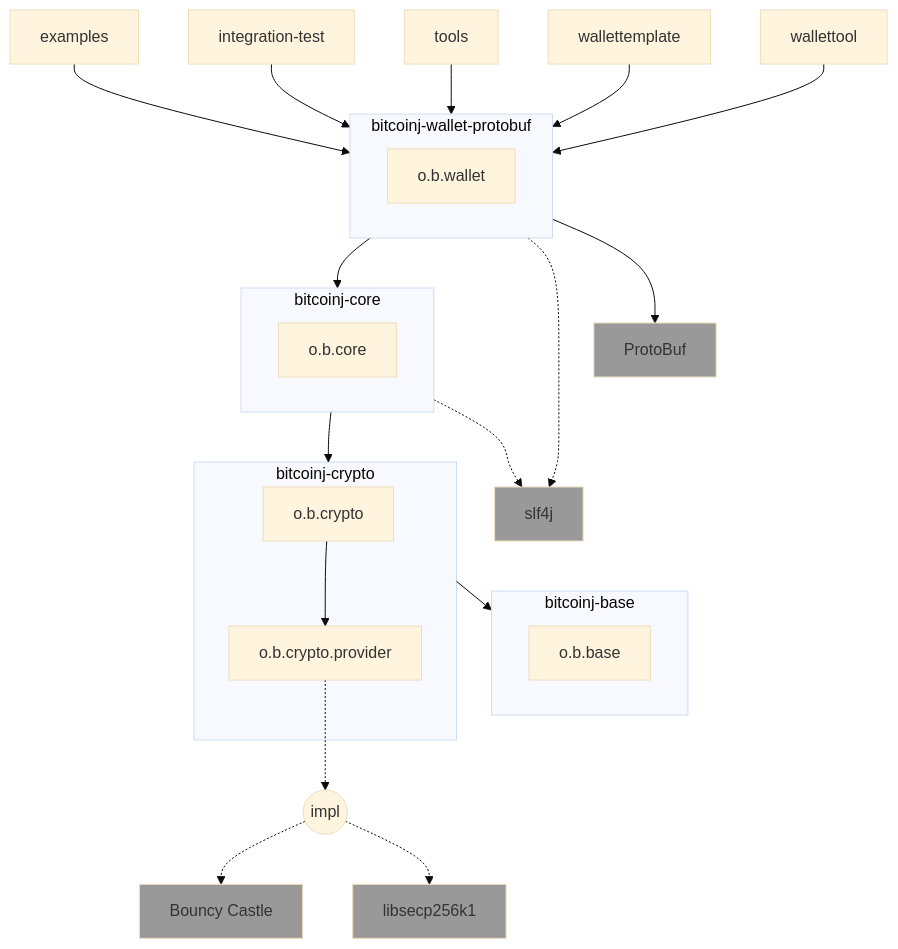
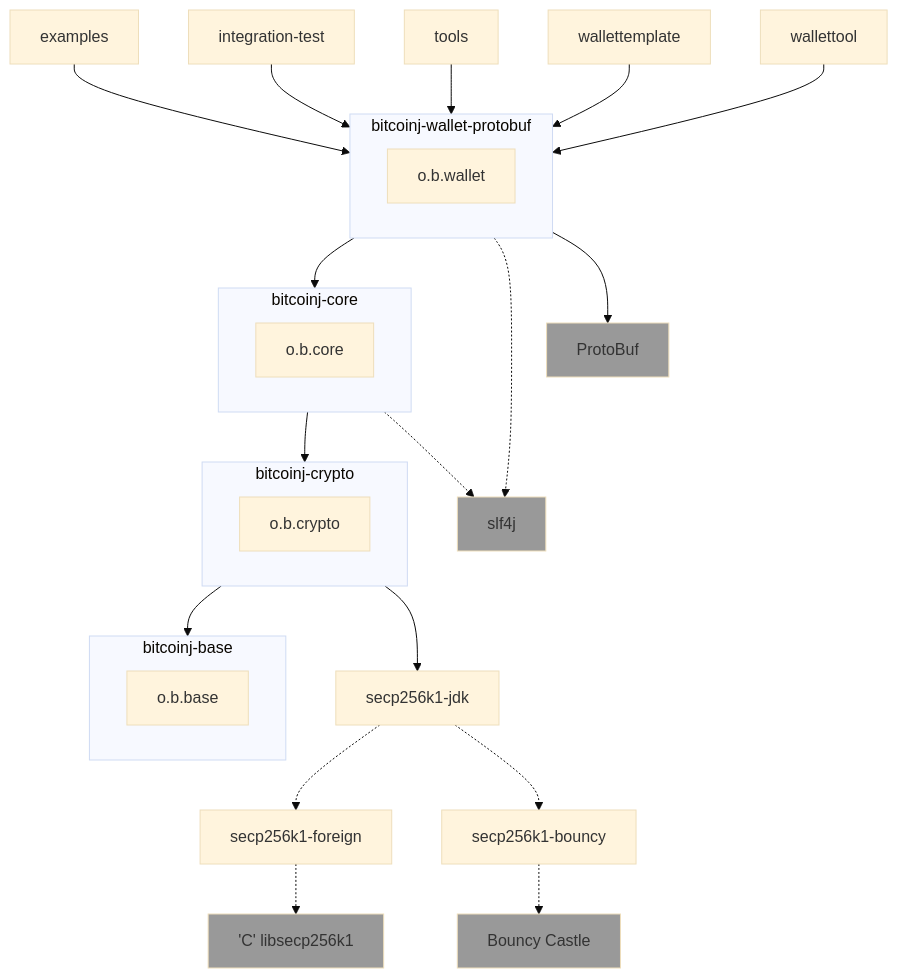
Before and after one commit to bitcoinj/bitcoinj: the fourth of 4 diagrams in designdocs/modular-architecture.md, drawn with Mermaid (base theme). The commit also changed other lines of this file, not shown here.

Commit message:
modular-architecture.md: Update for secp256k1-jdk
This just updates the proposed 0.19 release to use `secp256k1-jdk` instead
of a more generically defined crypto provider API.

We may want to consider doing this in the 0.18 release or moving
some ECKey definitions into `o.b.base` but this change does not
address either of those proposals.

`````diff
--- a/designdocs/modular-architecture.md
+++ b/designdocs/modular-architecture.md
@@ -108,33 +108,34 @@
 ````mermaid
 flowchart TD
     E[examples] --> WALLET
     IT[integration-test] --> WALLET
     T[tools] --> WALLET
     FX[wallettemplate] --> WALLET
     WT[wallettool] --> WALLET
     subgraph WALLET [bitcoinj-wallet-protobuf]
         W[o.b.wallet]
     end
     WALLET --> CORE
     WALLET .-> S[slf4j]
     WALLET --> P[ProtoBuf]
     subgraph CORE [bitcoinj-core]
         CO[o.b.core]
     end
     CORE --> CRYPTO
     CORE .-> S[slf4j]
     subgraph CRYPTO [bitcoinj-crypto]
-        CR[o.b.crypto] --> CRPR[o.b.crypto.provider]
+        CR[o.b.crypto]
     end
     CRYPTO --> BASE
-    CRPR .-> CRIMPL
-    CRIMPL((impl))
-    CRIMPL .-> BC[Bouncy Castle]
-    CRIMPL .-> LP[libsecp256k1]
+    CRYPTO --> SECP256K1
+    SECP256K1[secp256k1-jdk] .-> SECPFFM[secp256k1-foreign]
+    SECP256K1[secp256k1-jdk] .-> SECPBOUNCY[secp256k1-bouncy]
+    SECPBOUNCY .-> BC[Bouncy Castle]
+    SECPFFM .-> LP['C' libsecp256k1]
     subgraph BASE [bitcoinj-base]
         B[o.b.base]
     end
 
 classDef external fill:#999;
 class G,S,A,BC,LP,P external;
 ````
`````
